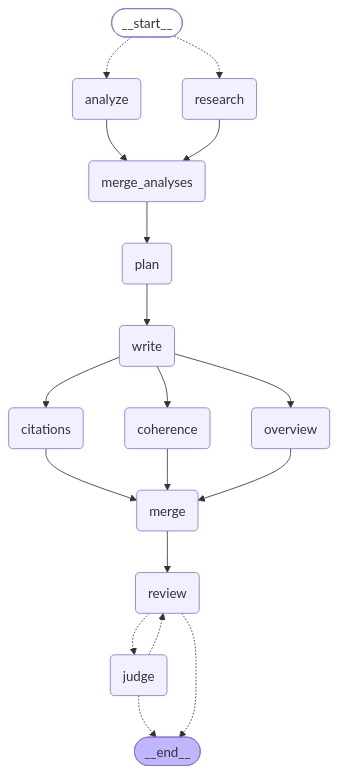
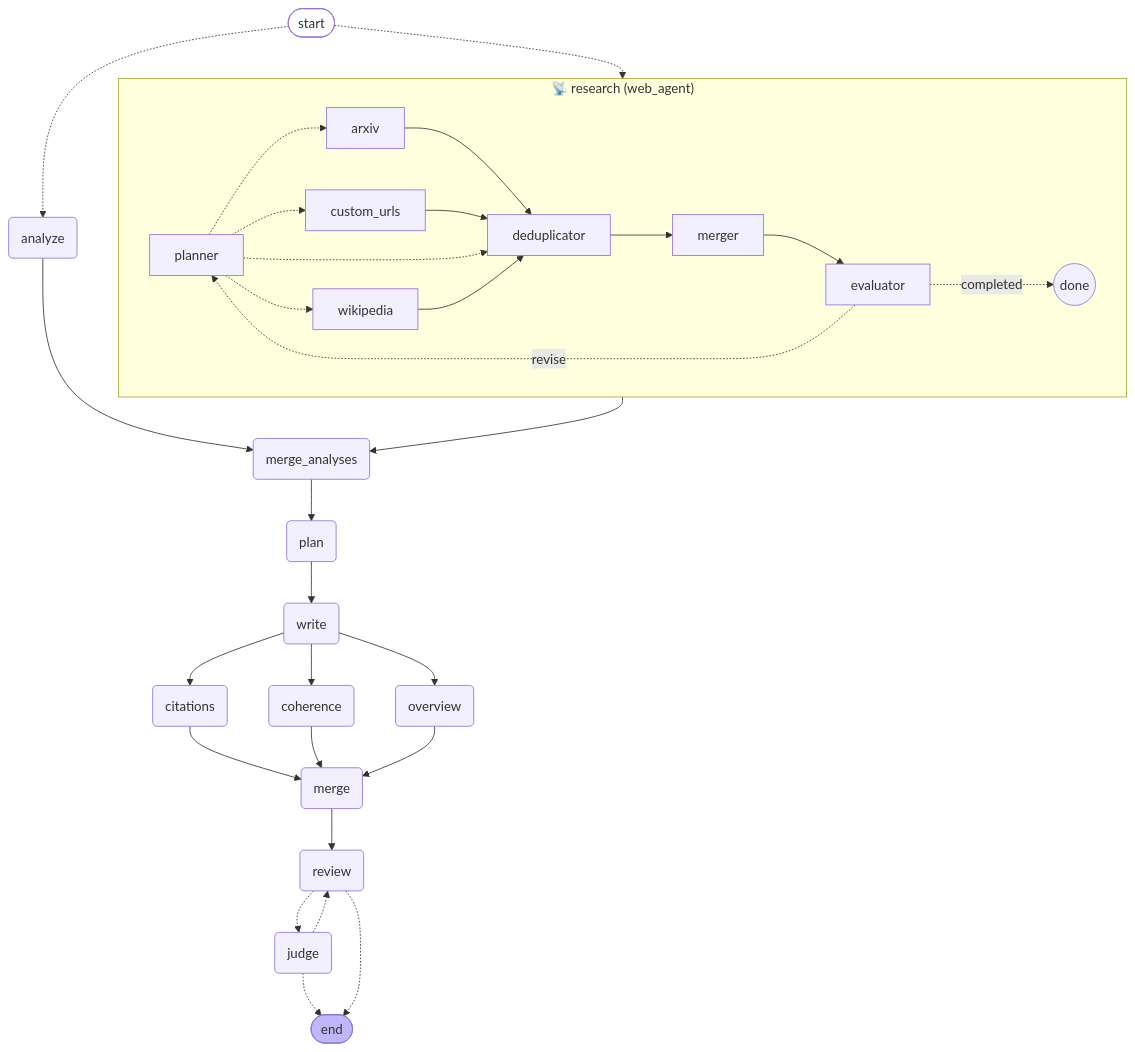
Before and after one commit to GiuseppeBellamacina/PDF2Latex: the diagram in docs/GRAPH.md, drawn with Mermaid. The commit also changed other lines of this file and 6 other files, not shown here.

````diff
--- a/docs/GRAPH.md
+++ b/docs/GRAPH.md
@@ -5,42 +5,66 @@
 ```mermaid
 ---
 config:
   flowchart:
     curve: basis
 ---
 graph TD;
-	__start__([<p>__start__</p>]):::first
-	analyze(analyze)
-	research(research)
-	merge_analyses(merge_analyses)
-	plan(plan)
-	write(write)
-	overview(overview)
-	coherence(coherence)
-	citations(citations)
-	merge(merge)
-	review(review)
-	judge(judge)
-	__end__([<p>__end__</p>]):::last
-	__start__ -.-> analyze;
-	__start__ -.-> research;
-	analyze --> merge_analyses;
-	citations --> merge;
-	coherence --> merge;
-	judge -.-> __end__;
-	judge -.-> review;
-	merge --> review;
-	merge_analyses --> plan;
-	overview --> merge;
-	plan --> write;
-	research --> merge_analyses;
-	review -.-> __end__;
-	review -.-> judge;
-	write --> citations;
-	write --> coherence;
-	write --> overview;
+
 	classDef default fill:#f2f0ff,line-height:1.2
 	classDef first fill-opacity:0
 	classDef last fill:#bfb6fc
 
+	analyze("analyze")
+	merge_analyses("merge_analyses")
+	plan("plan")
+	write("write")
+	overview("overview")
+	coherence("coherence")
+	citations("citations")
+	merge("merge")
+	review("review")
+	judge("judge")
+
+	subgraph research["📡 research (web_agent)"]
+		planner["planner"]
+		deduplicator["deduplicator"]
+		merger["merger"]
+		evaluator["evaluator"]
+		wikipedia["wikipedia"]
+		arxiv["arxiv"]
+		custom_urls["custom_urls"]
+		evaluator -.-> |completed| _done_((done))
+	end
+
+	__start__(["start"]):::first
+	__end__(["end"]):::last
+
+	__start__ -.-> analyze
+	__start__ -.-> research
+	analyze --> merge_analyses
+	citations --> merge
+	coherence --> merge
+	judge -.-> __end__
+	judge -.-> review
+	merge --> review
+	merge_analyses --> plan
+	overview --> merge
+	plan --> write
+	research --> merge_analyses
+	review -.-> __end__
+	review -.-> judge
+	write --> citations
+	write --> coherence
+	write --> overview
+
+	arxiv --> deduplicator
+	custom_urls --> deduplicator
+	deduplicator --> merger
+	evaluator -.-> |revise| planner
+	merger --> evaluator
+	planner -.-> arxiv
+	planner -.-> custom_urls
+	planner -.-> deduplicator
+	planner -.-> wikipedia
+	wikipedia --> deduplicator
 ```
````
